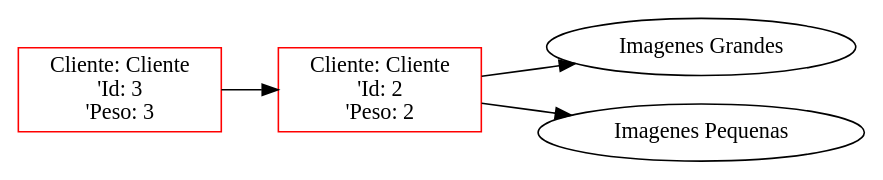
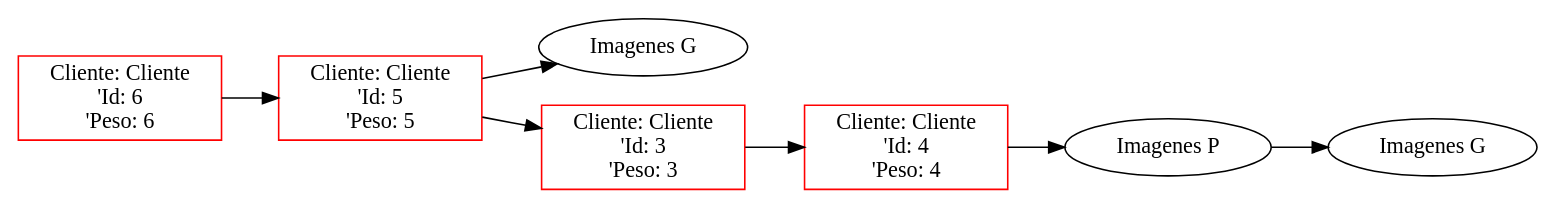
One commit to FranklinONP/EDD_PROYECTO_202200089 changed the diagram in Proyecto1/Proyecto1_202200089/Main/Ventanilla.dot. Above: the diagram before and after it, drawn with Graphviz. The commit also changed 10 other files, not shown here.

```diff
--- a/Proyecto1/Proyecto1_202200089/Main/Ventanilla.dot
+++ b/Proyecto1/Proyecto1_202200089/Main/Ventanilla.dot
@@ -1,10 +1,16 @@
  digraph G {
  rankdir=LR;
- node0 [label="Cliente: Cliente\n'Id: 3\n'Peso: 3", color="red", shape="rectangle"];
- node1 [label="Cliente: Cliente\n'Id: 2\n'Peso: 2", color="red", shape="rectangle"];
- element10 [label="Imagenes Grandes", shape="ellipse"];
+ node0 [label="Cliente: Cliente\n'Id: 6\n'Peso: 6", color="red", shape="rectangle"];
+ node1 [label="Cliente: Cliente\n'Id: 5\n'Peso: 5", color="red", shape="rectangle"];
+ element10 [label="Imagenes G", shape="ellipse"];
  node1 -> element10 [dir="forward"];
- element11 [label="Imagenes Pequenas", shape="ellipse"];
- node1 -> element11 [dir="forward"];
  node0 -> node1 [dir="forward"];
+ node2 [label="Cliente: Cliente\n'Id: 3\n'Peso: 3", color="red", shape="rectangle"];
+ node1 -> node2 [dir="forward"];
+ node3 [label="Cliente: Cliente\n'Id: 4\n'Peso: 4", color="red", shape="rectangle"];
+ element30 [label="Imagenes P", shape="ellipse"];
+ node3 -> element30 [dir="forward"];
+ element30 -> element31 [dir="forward"];
+ element31 [label="Imagenes G", shape="ellipse"];
+ node2 -> node3 [dir="forward"];
  }
```
